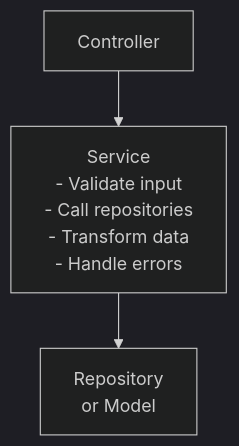
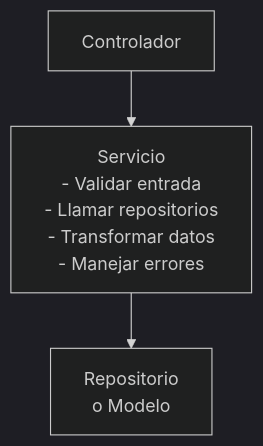
The third of 6 diagrams in docs-post-message/docs/backend/architecture/layers.md (Byroncl/laboratory-reviews), drawn with Mermaid (dark theme) before and after one commit. The commit also changed other lines of this file and 17 other files, not shown here.

Commit message:
refactor: implement clean architecture patterns with domains, repositories, use cases, constants, and comprehensive tests

````diff
--- a/docs-post-message/docs/backend/architecture/layers.md
+++ b/docs-post-message/docs/backend/architecture/layers.md
@@ -157,9 +157,9 @@
 ```mermaid
 graph TB
-    Controller["Controller"]
-    Service["Service<br/>- Validate input<br/>- Call repositories<br/>- Transform data<br/>- Handle errors"]
-    Repository["Repository<br/>or Model"]
+    Controller["Controlador"]
+    Service["Servicio<br/>- Validar entrada<br/>- Llamar repositorios<br/>- Transformar datos<br/>- Manejar errores"]
+    Repository["Repositorio<br/>o Modelo"]
     
     Controller --> Service
     Service --> Repository
 ```
````
